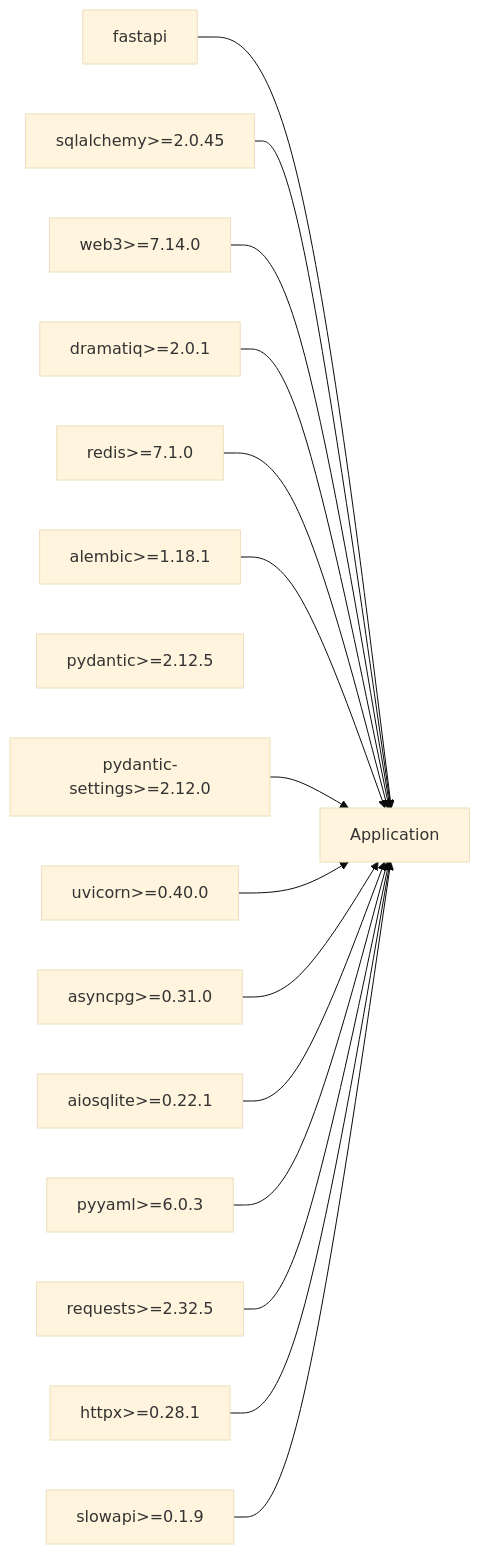
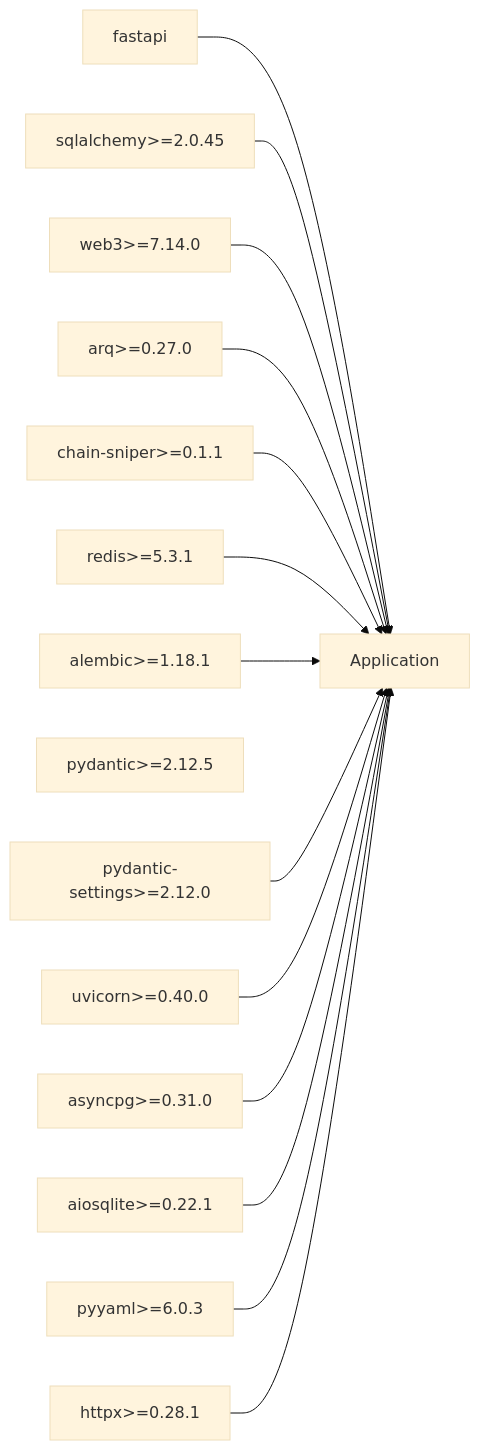
Diagram 11 of 11 in docs/project-overview/technology-stack-and-architecture.md (rakibhossain72/ctrip-docs), drawn with Mermaid (base theme) before and after one commit. The commit also changed other lines of this file and 25 other files, not shown here.

First line of the commit message:
docs: Update documentation to reflect ARQ task migration from Dramatiq

````diff
--- a/docs/project-overview/technology-stack-and-architecture.md
+++ b/docs/project-overview/technology-stack-and-architecture.md
@@ -395,18 +394,17 @@
 ```mermaid
 graph LR
 FastAPI["fastapi"] --> App["Application"]
 SQLAlchemy["sqlalchemy>=2.0.45"] --> App
 Web3["web3>=7.14.0"] --> App
-Dramatiq["dramatiq>=2.0.1"] --> App
-RedisLib["redis>=7.1.0"] --> App
+ARQ["arq>=0.27.0"] --> App
+ChainSniper["chain-sniper>=0.1.1"] --> App
+RedisLib["redis>=5.3.1"] --> App
 Alembic["alembic>=1.18.1"] --> App
 Pydantic["pydantic>=2.12.5"]
 Settings["pydantic-settings>=2.12.0"] --> App
 Uvicorn["uvicorn>=0.40.0"] --> App
 AsyncPG["asyncpg>=0.31.0"] --> App
 AioSQLite["aiosqlite>=0.22.1"] --> App
 YAML["pyyaml>=6.0.3"] --> App
-Requests["requests>=2.32.5"] --> App
 HTTPX["httpx>=0.28.1"] --> App
-SlowAPI["slowapi>=0.1.9"] --> App
 ```
````
